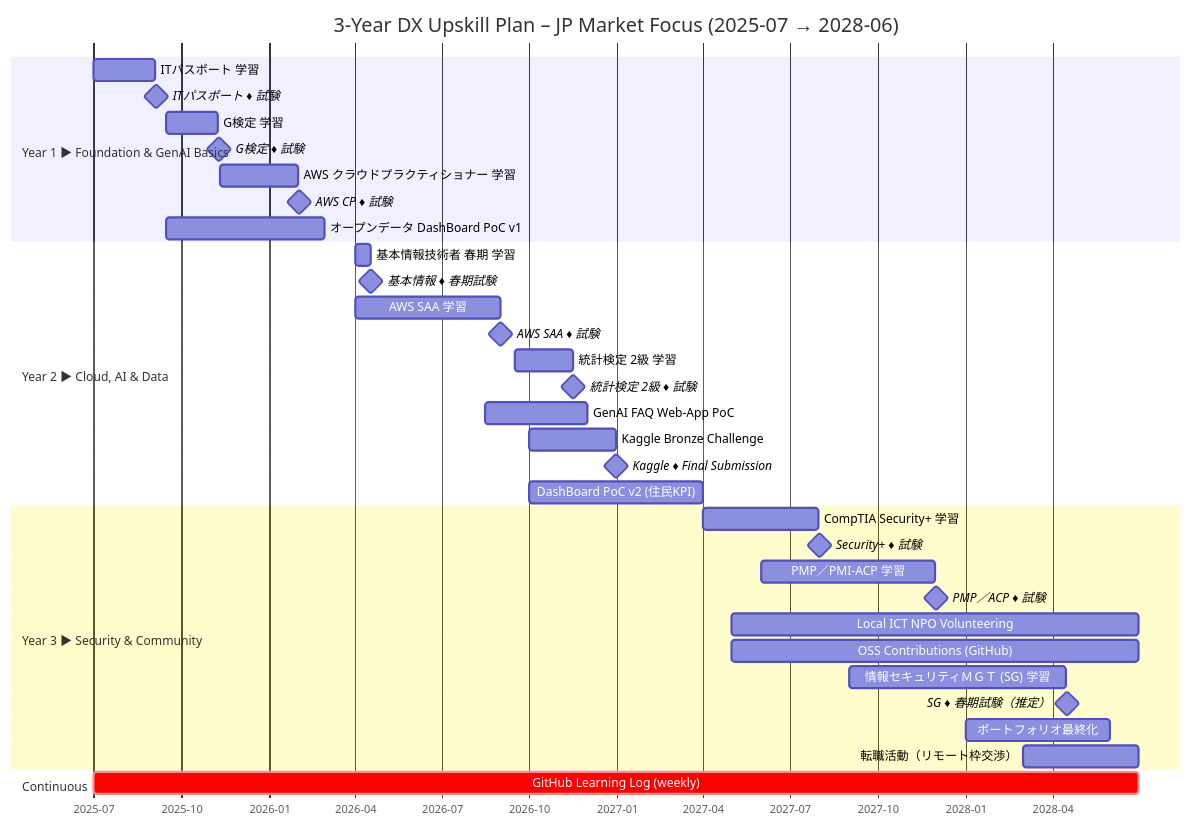
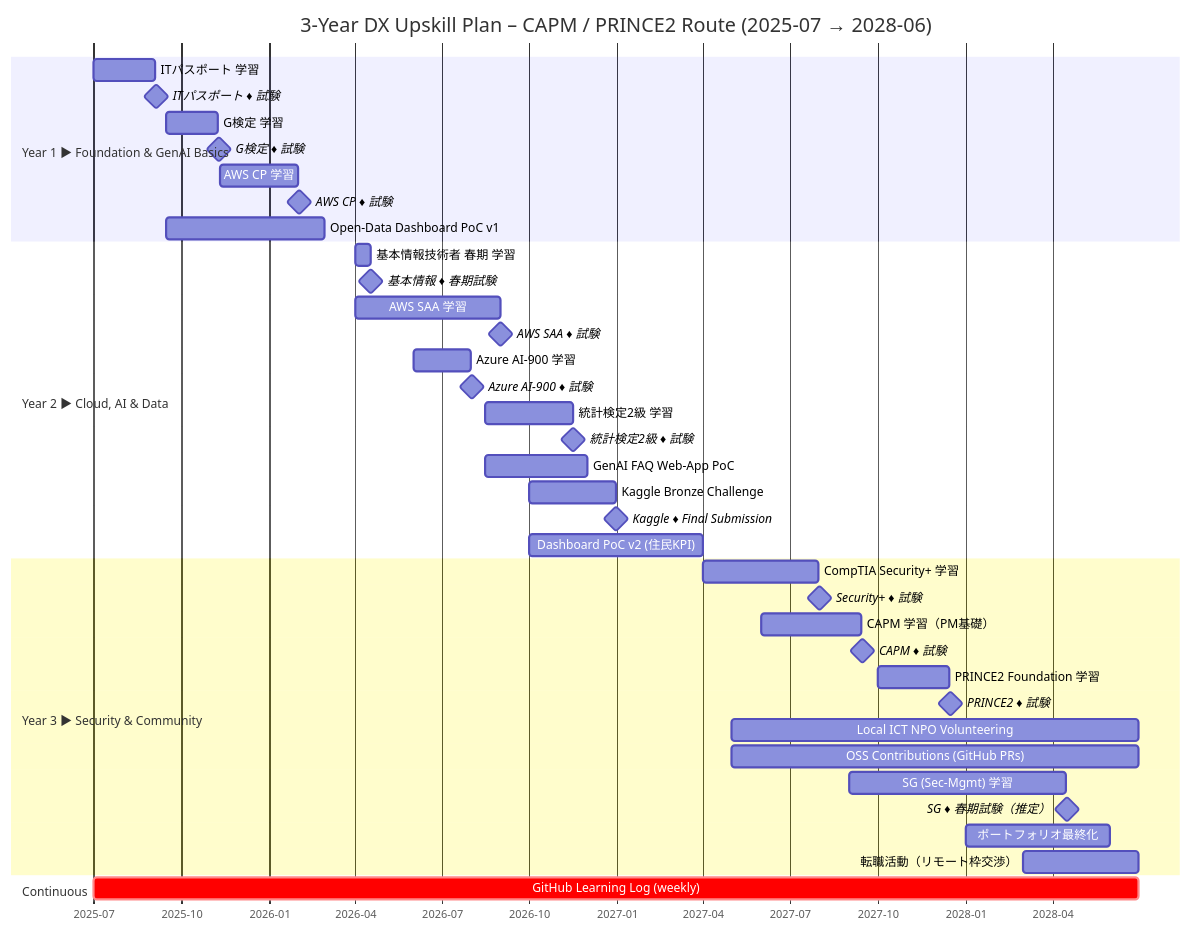
One commit to uruc-0start/- changed the diagram in README.md. Above: the diagram before and after it, drawn with Mermaid.

````diff
--- a/README.md
+++ b/README.md
@@ -1,46 +1,50 @@
 ```mermaid
 gantt
-  title 3-Year DX Upskill Plan – JP Market Focus (2025-07 → 2028-06)
+  title 3-Year DX Upskill Plan – CAPM / PRINCE2 Route (2025-07 → 2028-06)
   dateFormat  YYYY-MM-DD
   axisFormat  %Y-%m
 
   %% ─────────────── Year 1 ───────────────
   section Year 1 ▶ Foundation & GenAI Basics
   ITパスポート 学習                   :itp_st,   2025-07-01, 2025-09-04
   ITパスポート ♦ 試験                 :milestone,itp_ex,  2025-09-05, 0d
   G検定 学習                          :gtest_st, 2025-09-15, 2025-11-08
   G検定 ♦ 試験                        :milestone,gtest_ex,2025-11-09, 0d
-  AWS クラウドプラクティショナー 学習  :awscp,    2025-11-10, 2026-01-31
+  AWS CP 学習                         :awscp,    2025-11-10, 2026-01-31
   AWS CP ♦ 試験                       :milestone,awscp_ex,2026-02-01, 0d
-  オープンデータ DashBoard PoC v1     :poc1,     2025-09-15, 2026-02-28
+  Open-Data Dashboard PoC v1          :poc1,     2025-09-15, 2026-02-28
 
   %% ─────────────── Year 2 ───────────────
   section Year 2 ▶ Cloud, AI & Data
   基本情報技術者 春期 学習            :fe_st,    2026-04-01, 2026-04-17
   基本情報 ♦ 春期試験                 :milestone,fe_ex,   2026-04-18, 0d
-  AWS SAA 学習                        :saa,      2026-04-01, 2026-08-31
+  AWS SAA 学習                        :saa_st,   2026-04-01, 2026-08-31
   AWS SAA ♦ 試験                      :milestone,saa_ex,  2026-09-01, 0d
-  統計検定 2級 学習                   :stat2,    2026-09-15, 2026-11-15
-  統計検定 2級 ♦ 試験                :milestone,stat2_ex,2026-11-16, 0d
-  GenAI FAQ Web-App PoC               :faq,      2026-08-15, 2026-11-30
+  Azure AI-900 学習                   :ai900,    2026-06-01, 2026-07-31
+  Azure AI-900 ♦ 試験                 :milestone,ai900_ex,2026-08-01, 0d
+  統計検定2級 学習 　　　            :stat2,    2026-08-15, 2026-11-15
+  統計検定2級 ♦ 試験                  :milestone,stat2_ex,2026-11-16, 0d
+  GenAI FAQ Web-App PoC               :faq_poc,  2026-08-15, 2026-11-30
   Kaggle Bronze Challenge             :kaggle,   2026-10-01, 2026-12-30
   Kaggle ♦ Final Submission           :milestone,kaggle_ex,2026-12-31, 0d
-  DashBoard PoC v2 (住民KPI)          :poc2,     2026-10-01, 2027-03-31
+  Dashboard PoC v2 (住民KPI)          :poc2,     2026-10-01, 2027-03-31
 
   %% ─────────────── Year 3 ───────────────
   section Year 3 ▶ Security & Community
   CompTIA Security+ 学習              :secplus,  2027-04-01, 2027-07-31
   Security+ ♦ 試験                    :milestone,secplus_ex,2027-08-01, 0d
-  PMP／PMI-ACP 学習                   :pmp,      2027-06-01, 2027-11-30
-  PMP／ACP ♦ 試験                     :milestone,pmp_ex,   2027-12-01, 0d
+  CAPM 学習（PM基礎）                 :capm,     2027-06-01, 2027-09-14
+  CAPM ♦ 試験                         :milestone,capm_ex,  2027-09-15, 0d
+  PRINCE2 Foundation 学習             :prince2,  2027-10-01, 2027-12-15
+  PRINCE2 ♦ 試験                      :milestone,prince2_ex,2027-12-16, 0d
   Local ICT NPO Volunteering          :npo,      2027-05-01, 2028-06-30
-  OSS Contributions (GitHub)          :oss,      2027-05-01, 2028-06-30
-  情報セキュリティＭＧＴ (SG) 学習     :sg_st,    2027-09-01, 2028-04-15
+  OSS Contributions (GitHub PRs)      :oss,      2027-05-01, 2028-06-30
+  SG (Sec-Mgmt) 学習                  :sg_st,    2027-09-01, 2028-04-15
   SG ♦ 春期試験（推定）              :milestone,sg_ex,    2028-04-16, 0d
   ポートフォリオ最終化               :portfolio,2028-01-01, 2028-05-31
-  転職活動（リモート枠交渉）          :job,      2028-03-01, 2028-06-30
+  転職活動（リモート枠交渉）          :jobsearch,2028-03-01, 2028-06-30
 
   %% ───────────── Continuous ─────────────
   section Continuous
-  GitHub Learning Log (weekly)       :crit, ghlog,2025-07-01, 2028-06-30
+  GitHub Learning Log (weekly)        :crit, ghlog,2025-07-01, 2028-06-30
 ```
````
